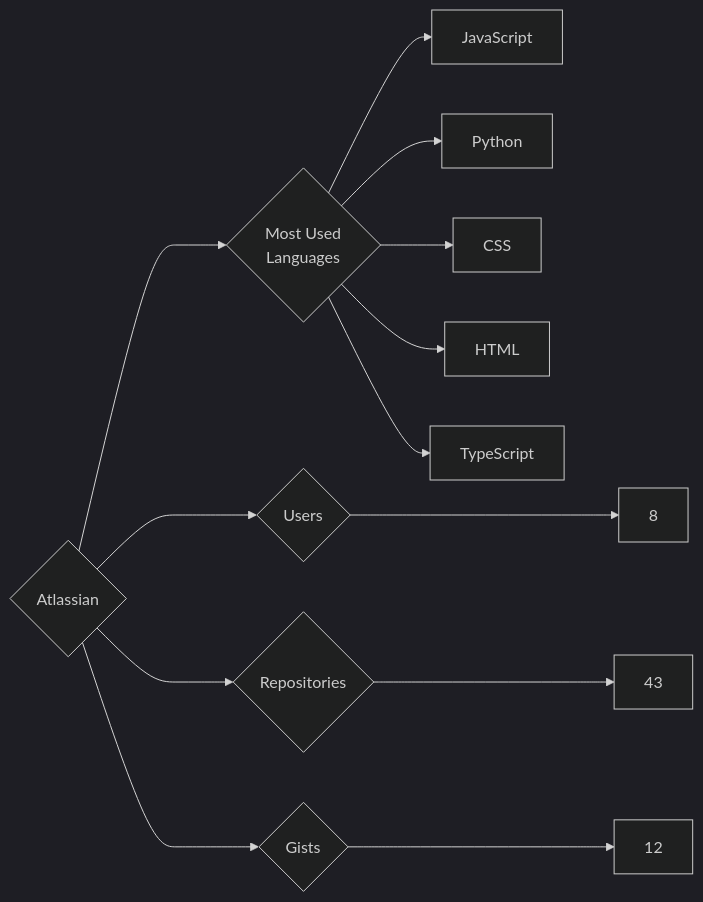
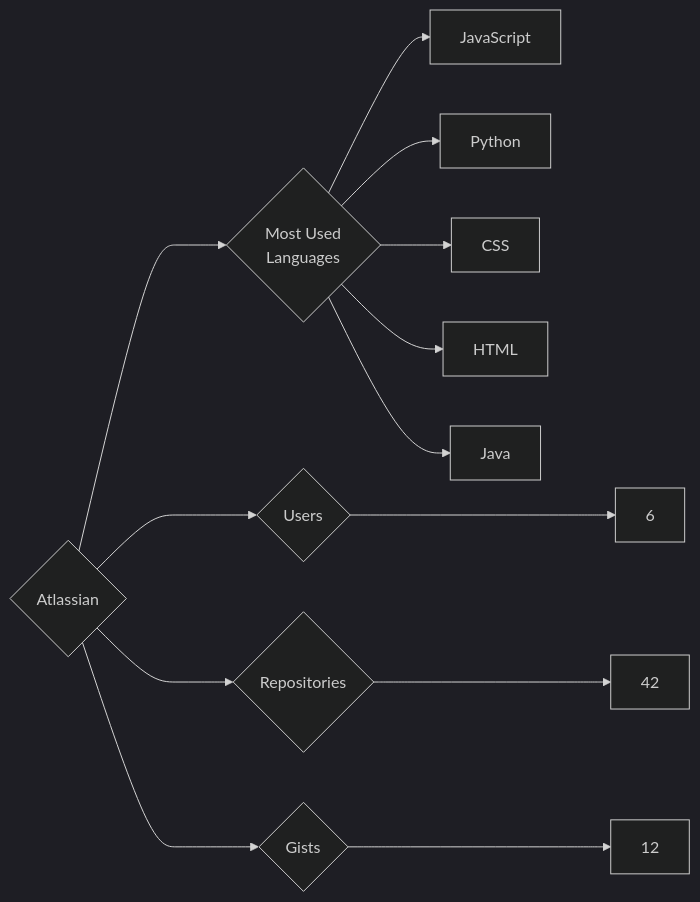
The diagram in targets/Atlassian/README.md (trickest/insiders), drawn with Mermaid (dark theme) before and after one commit. The commit also changed 942 other files, not shown here.

````diff
--- a/targets/Atlassian/README.md
+++ b/targets/Atlassian/README.md
@@ -3,13 +3,13 @@
 ```mermaid
 graph LR
 COMPANY_NAME{Atlassian}
-COMPANY_NAME ---> U{Users} ---> UN[8]
-COMPANY_NAME ---> R{Repositories} ---> RN[43]
+COMPANY_NAME ---> U{Users} ---> UN[6]
+COMPANY_NAME ---> R{Repositories} ---> RN[42]
 COMPANY_NAME ---> G{Gists} ---> GN[12]
 COMPANY_NAME ---> ML{Most Used<br>Languages}
 ML --> JavaScript[JavaScript]
 ML --> Python[Python]
 ML --> CSS[CSS]
 ML --> HTML[HTML]
-ML --> TypeScript[TypeScript]
+ML --> Java[Java]
 ```
````
